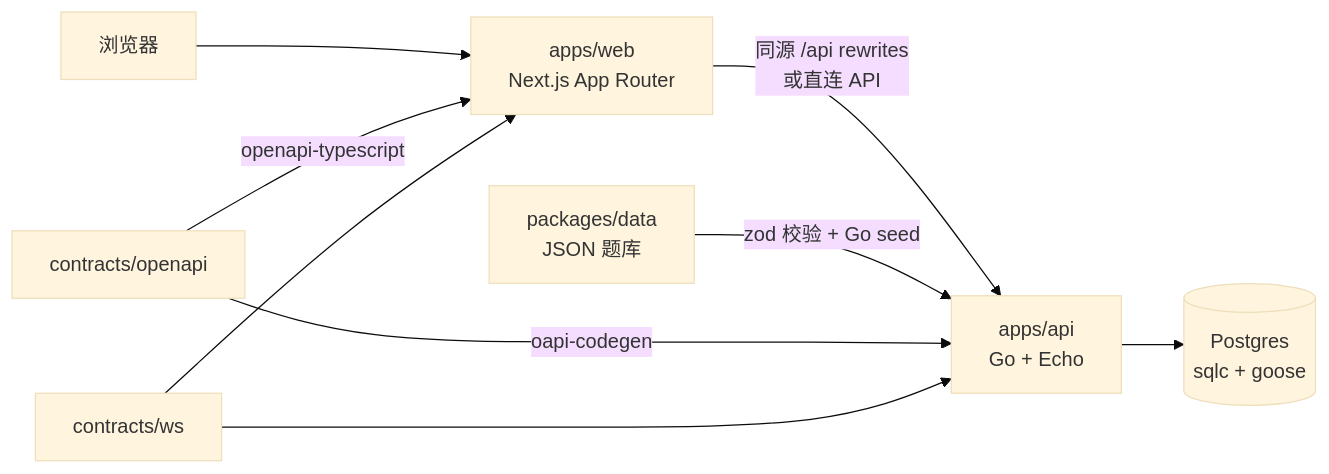
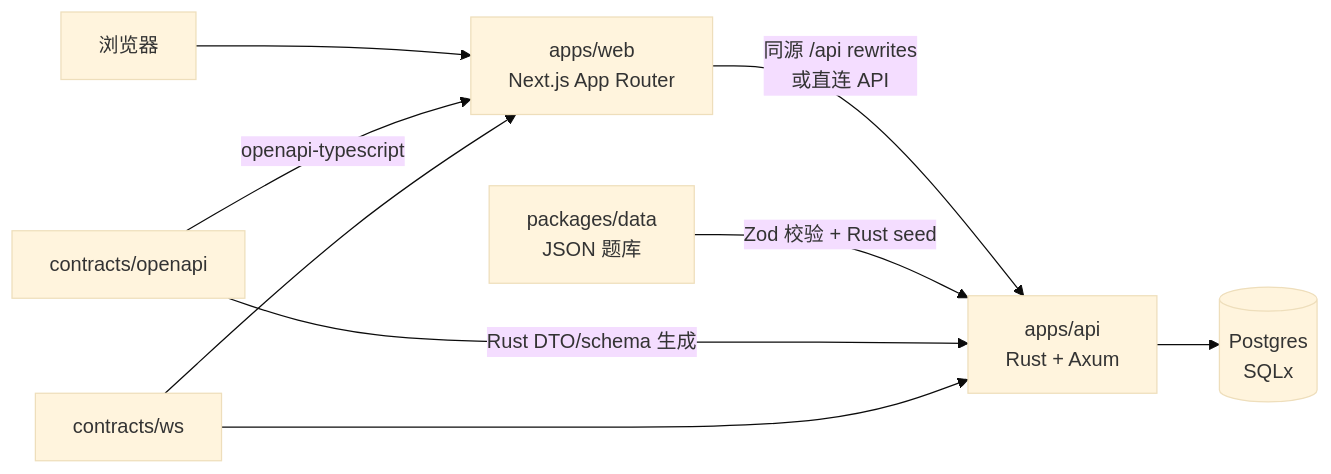
One commit to jachinzhang1/TouhouFlandre changed the first of 6 diagrams in docs/architecture.md. Above: the diagram before and after it, drawn with Mermaid (base theme). The commit also changed other lines of this file and 414 other files, not shown here.

First line of the commit message:
feat(api): replace Go backend with layered Rust services

````diff
--- a/docs/architecture.md
+++ b/docs/architecture.md
@@ -7,11 +7,11 @@
 ```mermaid
 flowchart LR
     U[浏览器] --> W[apps/web<br/>Next.js App Router]
-    W -->|同源 /api rewrites<br/>或直连 API| A[apps/api<br/>Go + Echo]
-    A --> P[(Postgres<br/>sqlc + goose)]
-    D[packages/data<br/>JSON 题库] -->|zod 校验 + Go seed| A
-    O[contracts/openapi] -->|oapi-codegen| A
+    W -->|同源 /api rewrites<br/>或直连 API| A[apps/api<br/>Rust + Axum]
+    A --> P[(Postgres<br/>SQLx)]
+    D[packages/data<br/>JSON 题库] -->|Zod 校验 + Rust seed| A
+    O[contracts/openapi] -->|Rust DTO/schema 生成| A
     O -->|openapi-typescript| W
     S[contracts/ws] --> A
     S --> W
 ```
````
